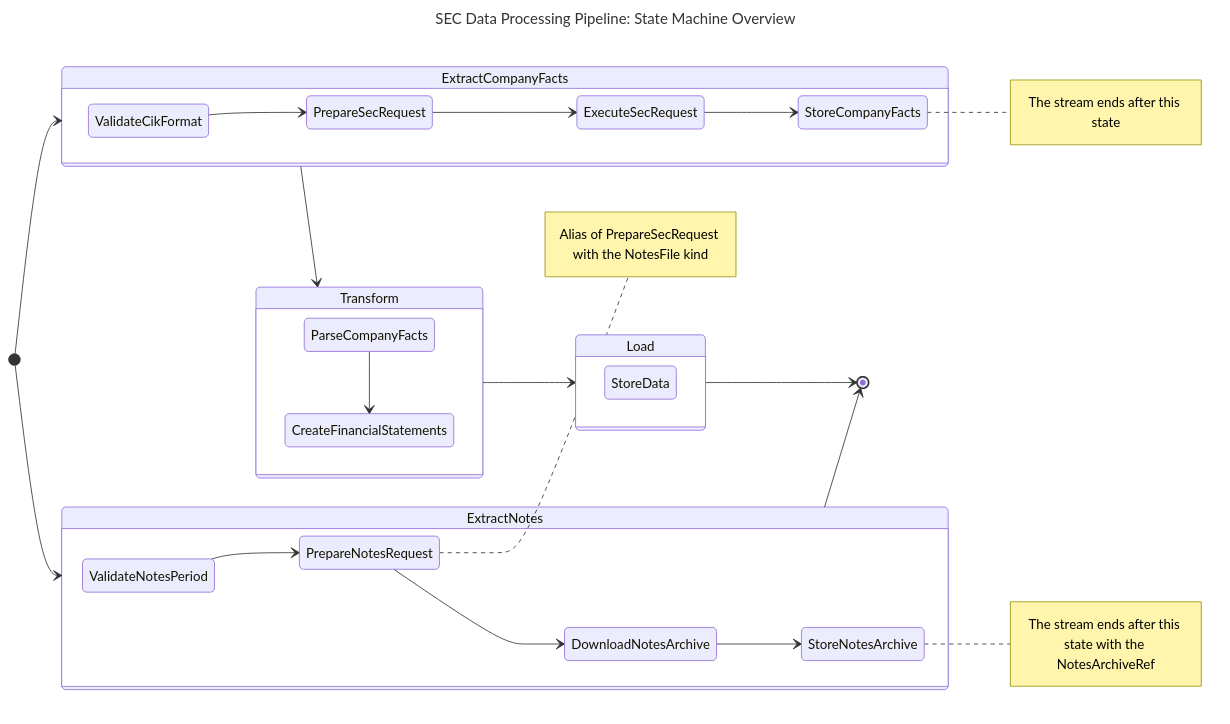
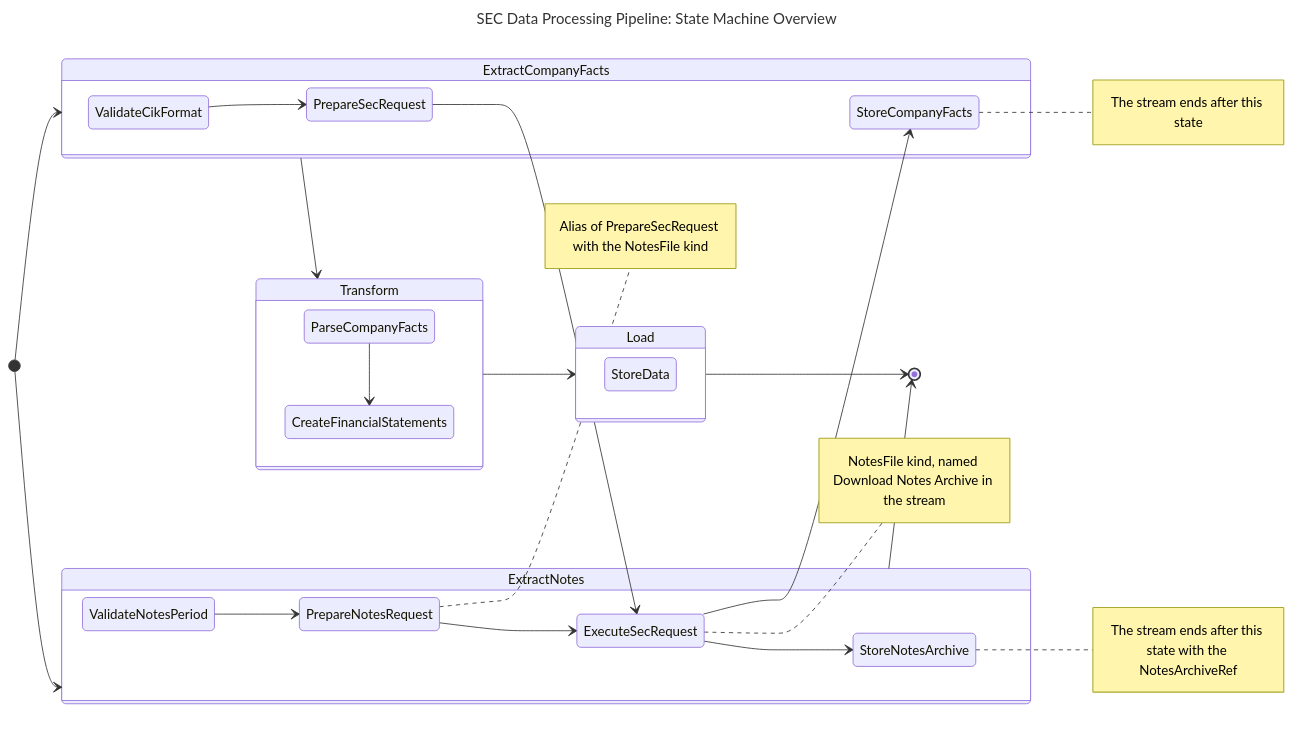
Before and after one commit to ironcapitaleu/arkad: the diagram in sec/design/state_diagram/sec_state_machine.md, drawn with Mermaid. The commit also changed 24 other files, not shown here.

First line of the commit message:
refactor(sec): run the Notes download on the generic execute state (#308)

````diff
--- a/sec/design/state_diagram/sec_state_machine.md
+++ b/sec/design/state_diagram/sec_state_machine.md
@@ -1,45 +1,46 @@
 ```mermaid
 ---
 title: "SEC Data Processing Pipeline: State Machine Overview"
 ---
 stateDiagram-v2
     %% Align all the SuperStates from left-to-right
     direction LR
 
     %% `ExtractCompanyFacts` SuperState
     [*] --> ExtractCompanyFacts
     state ExtractCompanyFacts {
         ValidateCikFormat --> PrepareSecRequest
         PrepareSecRequest --> ExecuteSecRequest
         ExecuteSecRequest --> StoreCompanyFacts
         note right of StoreCompanyFacts : The stream ends after this state
     }
 
     ExtractCompanyFacts --> Transform
 
     %% `ExtractNotes` SuperState, one per Notes file
     [*] --> ExtractNotes
     state ExtractNotes {
         ValidateNotesPeriod --> PrepareNotesRequest
-        PrepareNotesRequest --> DownloadNotesArchive
+        PrepareNotesRequest --> ExecuteSecRequest
         note right of PrepareNotesRequest : Alias of PrepareSecRequest with the NotesFile kind
-        DownloadNotesArchive --> StoreNotesArchive
+        note right of ExecuteSecRequest : NotesFile kind, named Download Notes Archive in the stream
+        ExecuteSecRequest --> StoreNotesArchive
         note right of StoreNotesArchive : The stream ends after this state with the NotesArchiveRef
     }
 
     ExtractNotes --> [*]
 
     %% `Transform` SuperState
     state Transform {
         ParseCompanyFacts --> CreateFinancialStatements
     }
 
     Transform --> Load
 
     %% `Load` SuperState
     state Load {
         StoreData
     }
 
     Load --> [*]
 ```
````
